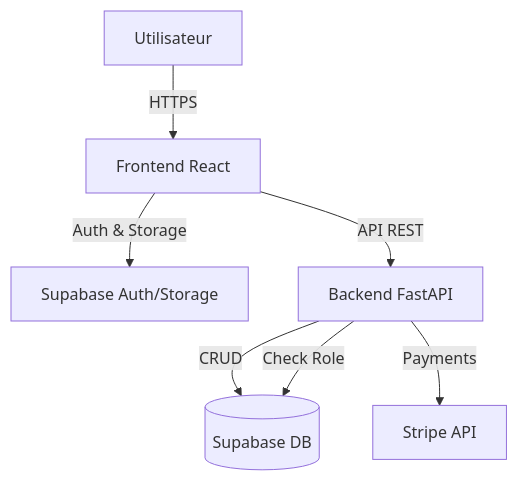
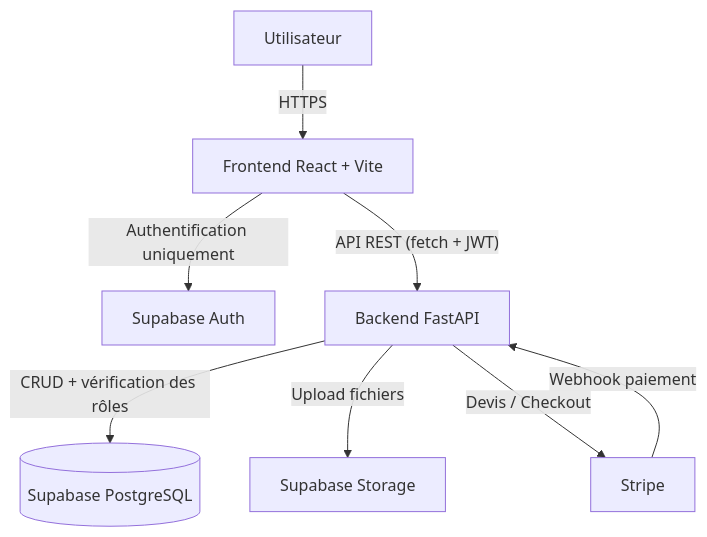
One commit to Zenkai92/Modelify changed the diagram in README.md. Above: the diagram before and after it, drawn with Mermaid. The commit also changed other lines of this file, not shown here.

Commit message:
docs: update README for clarity and completeness; enhance project description, features, and architecture overview

````diff
--- a/README.md
+++ b/README.md
@@ -49,9 +68,10 @@
 ```mermaid
 graph TD
-    User[Utilisateur] -->|HTTPS| React[Frontend React]
-    React -->|Auth & Storage| SupabaseAuth[Supabase Auth/Storage]
-    React -->|API REST| FastAPI[Backend FastAPI]
-    FastAPI -->|CRUD| DB[(Supabase DB)]
-    FastAPI -->|Check Role| DB
-    FastAPI -->|Payments| Stripe[Stripe API]
+    User[Utilisateur] -->|HTTPS| React[Frontend React + Vite]
+    React -->|Authentification uniquement| SupaAuth[Supabase Auth]
+    React -->|"API REST (fetch + JWT)"| API[Backend FastAPI]
+    API -->|CRUD + vérification des rôles| DB[(Supabase PostgreSQL)]
+    API -->|Upload fichiers| Storage[Supabase Storage]
+    API -->|Devis / Checkout| Stripe[Stripe]
+    Stripe -->|Webhook paiement| API
 ```
````
